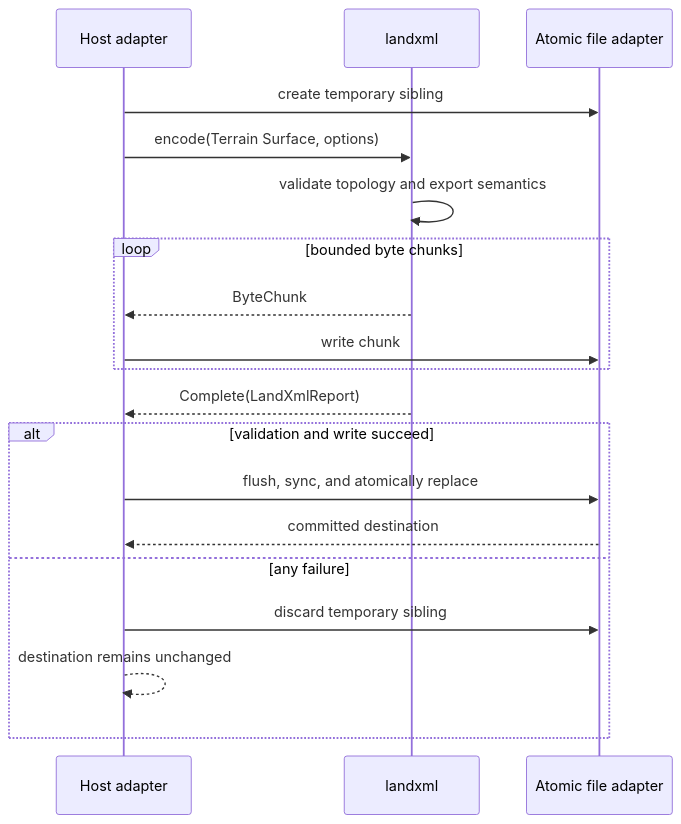
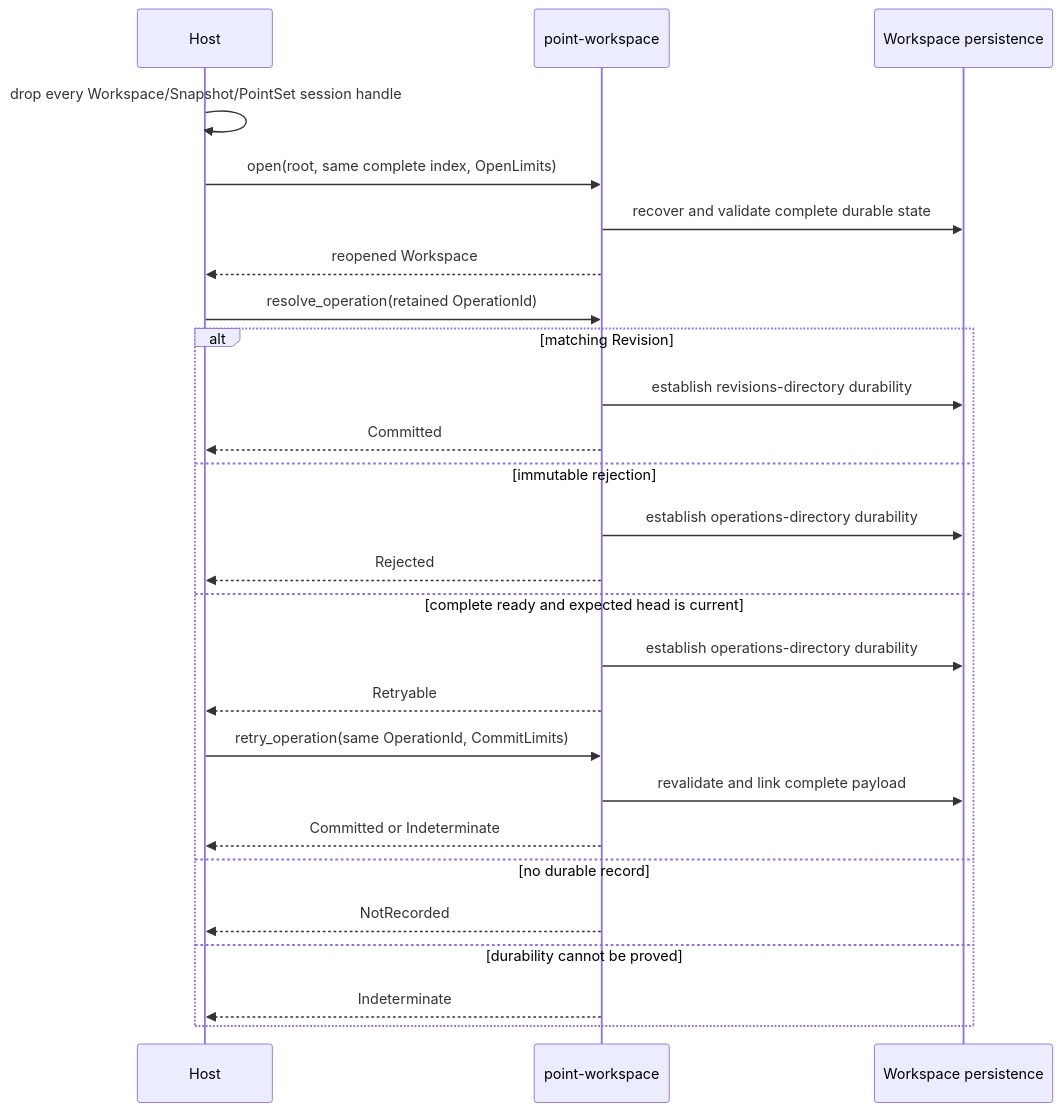
The sixth of 8 diagrams in docs/architecture/workflows.md (xxibcill/punctra), drawn with Mermaid before and after one commit. The commit also changed other lines of this file and 30 other files, not shown here.

Commit message:
Complete v0.5 durable document core

```diff
--- a/docs/architecture/workflows.md
+++ b/docs/architecture/workflows.md
@@ -299,23 +180,30 @@
 ~~~mermaid
 sequenceDiagram
-    participant APP as Host adapter
-    participant XML as landxml
-    participant FS as Atomic file adapter
+    participant HOST as Host
+    participant WS as point-workspace
+    participant DISK as Workspace persistence
 
-    APP->>FS: create temporary sibling
-    APP->>XML: encode(Terrain Surface, options)
-    XML->>XML: validate topology and export semantics
-    loop bounded byte chunks
-        XML-->>APP: ByteChunk
-        APP->>FS: write chunk
-    end
-    XML-->>APP: Complete(LandXmlReport)
+    HOST->>HOST: drop every Workspace/Snapshot/PointSet session handle
+    HOST->>WS: open(root, same complete index, OpenLimits)
+    WS->>DISK: recover and validate complete durable state
+    WS-->>HOST: reopened Workspace
+    HOST->>WS: resolve_operation(retained OperationId)
 
-    alt validation and write succeed
-        APP->>FS: flush, sync, and atomically replace
-        FS-->>APP: committed destination
-    else any failure
-        APP->>FS: discard temporary sibling
-        APP-->>APP: destination remains unchanged
+    alt matching Revision
+        WS->>DISK: establish revisions-directory durability
+        WS-->>HOST: Committed
+    else immutable rejection
+        WS->>DISK: establish operations-directory durability
+        WS-->>HOST: Rejected
+    else complete ready and expected head is current
+        WS->>DISK: establish operations-directory durability
+        WS-->>HOST: Retryable
+        HOST->>WS: retry_operation(same OperationId, CommitLimits)
+        WS->>DISK: revalidate and link complete payload
+        WS-->>HOST: Committed or Indeterminate
+    else no durable record
+        WS-->>HOST: NotRecorded
+    else durability cannot be proved
+        WS-->>HOST: Indeterminate
     end
 ~~~
```
